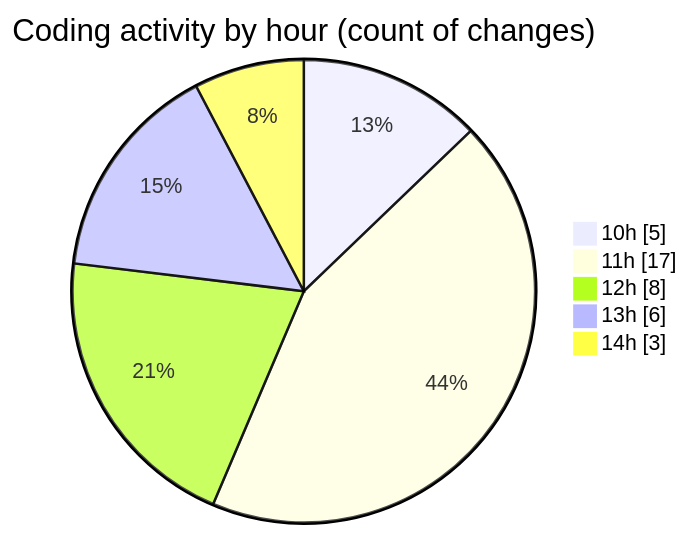
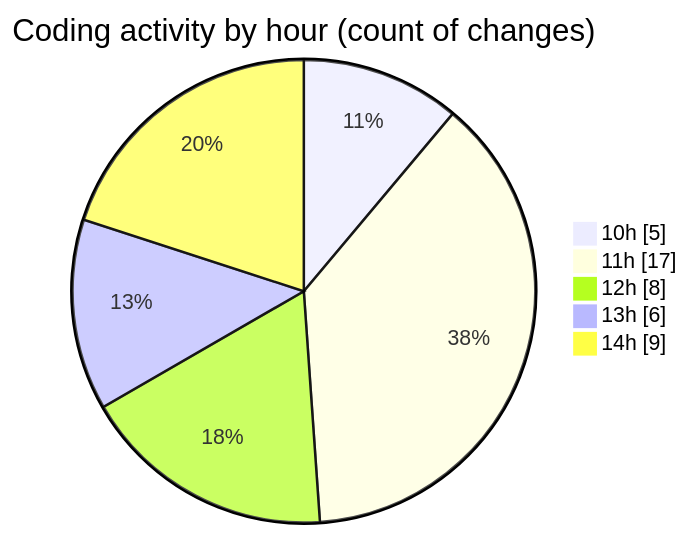
One commit to CELIANVF/code-tracking changed the second of 2 diagrams in 2025-05-05/ecodeli/README.md. Above: the diagram before and after it, drawn with Mermaid. The commit also changed other lines of this file and 1 other file, not shown here.

````diff
--- a/2025-05-05/ecodeli/README.md
+++ b/2025-05-05/ecodeli/README.md
@@ -51,9 +54,9 @@
 ```mermaid
 pie showData
 title Coding activity by hour (count of changes)
 "10h" : 5
 "11h" : 17
 "12h" : 8
 "13h" : 6
-"14h" : 3
+"14h" : 9
 ```
````
